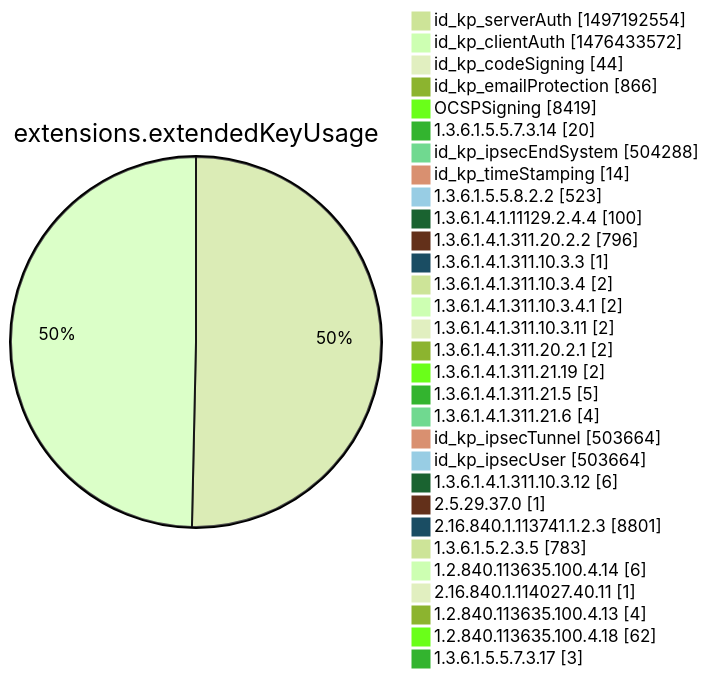
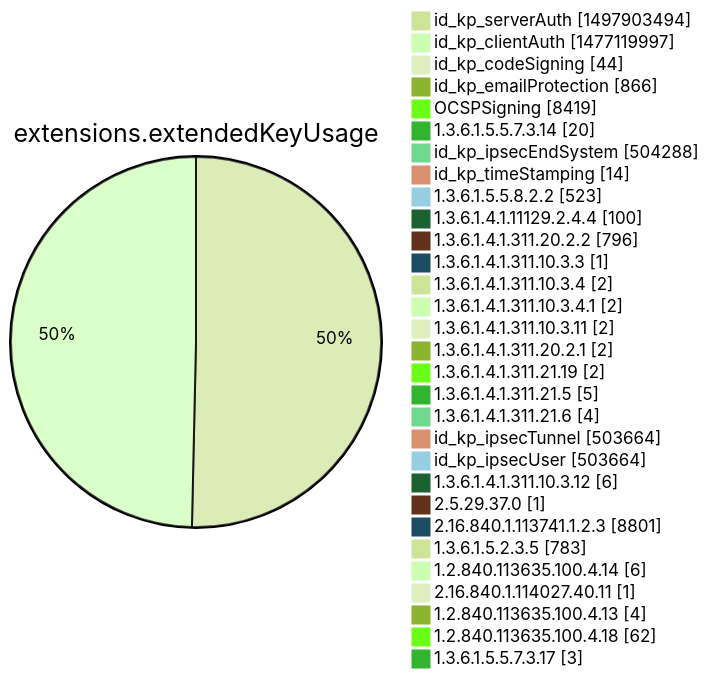
Before and after one commit to christiankrug/ctmonitor_visualization: diagram 12 of 15 in argon2022/README.md, drawn with Mermaid (forest theme). The commit also changed other lines of this file, not shown here.

````diff
--- a/argon2022/README.md
+++ b/argon2022/README.md
@@ -3555,34 +3555,34 @@
 ```mermaid
 pie showData
 title extensions.extendedKeyUsage
-"id_kp_serverAuth" :1497192554
-"id_kp_clientAuth" :1476433572
+"id_kp_serverAuth" :1497903494
+"id_kp_clientAuth" :1477119997
 "id_kp_codeSigning" :44
 "id_kp_emailProtection" :866
 "OCSPSigning" :8419
 "1.3.6.1.5.5.7.3.14" :20
 "id_kp_ipsecEndSystem" :504288
 "id_kp_timeStamping" :14
 "1.3.6.1.5.5.8.2.2" :523
 "1.3.6.1.4.1.11129.2.4.4" :100
 "1.3.6.1.4.1.311.20.2.2" :796
 "1.3.6.1.4.1.311.10.3.3" :1
 "1.3.6.1.4.1.311.10.3.4" :2
 "1.3.6.1.4.1.311.10.3.4.1" :2
 "1.3.6.1.4.1.311.10.3.11" :2
 "1.3.6.1.4.1.311.20.2.1" :2
 "1.3.6.1.4.1.311.21.19" :2
 "1.3.6.1.4.1.311.21.5" :5
 "1.3.6.1.4.1.311.21.6" :4
 "id_kp_ipsecTunnel" :503664
 "id_kp_ipsecUser" :503664
 "1.3.6.1.4.1.311.10.3.12" :6
 "2.5.29.37.0" :1
 "2.16.840.1.113741.1.2.3" :8801
 "1.3.6.1.5.2.3.5" :783
 "1.2.840.113635.100.4.14" :6
 "2.16.840.1.114027.40.11" :1
 "1.2.840.113635.100.4.13" :4
 "1.2.840.113635.100.4.18" :62
 "1.3.6.1.5.5.7.3.17" :3
 ```
````
